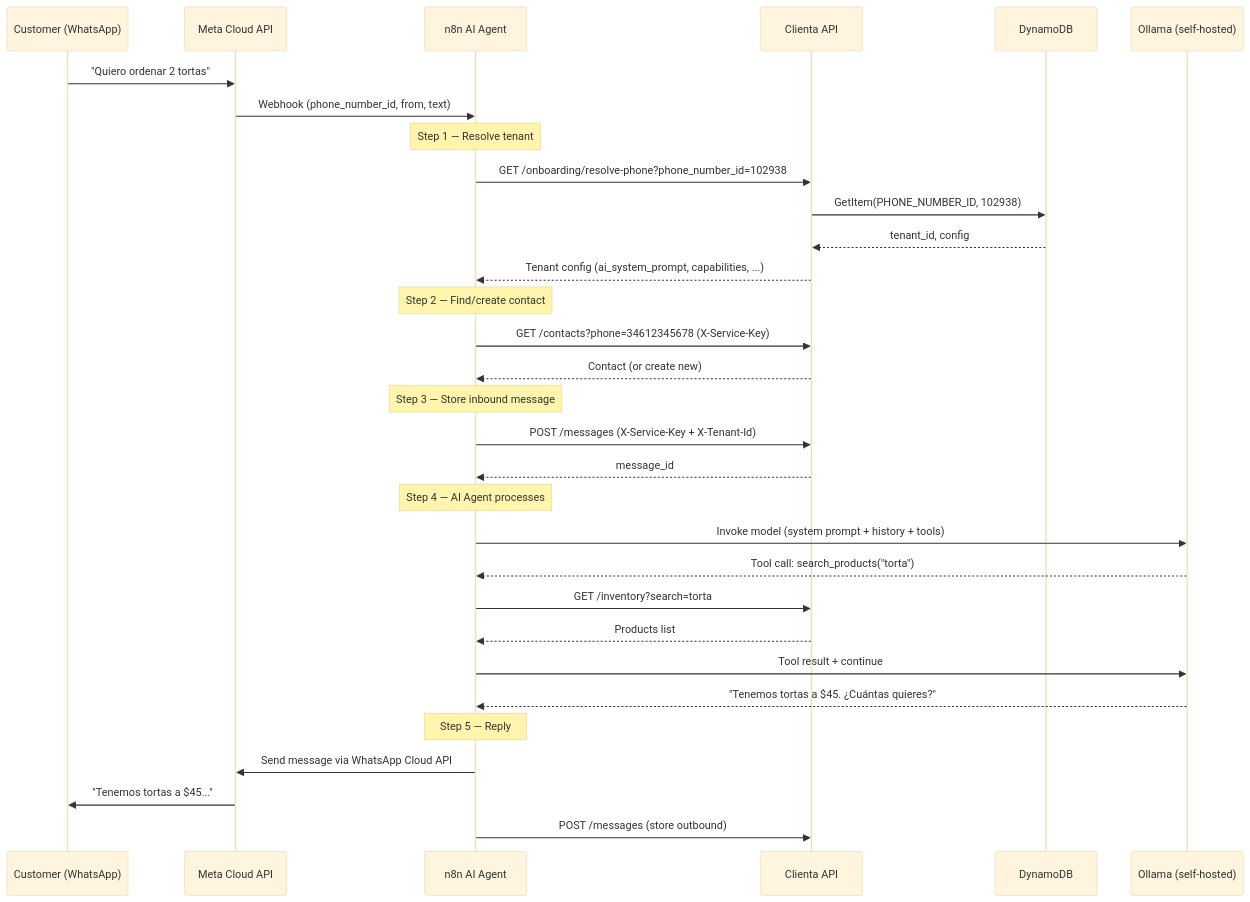
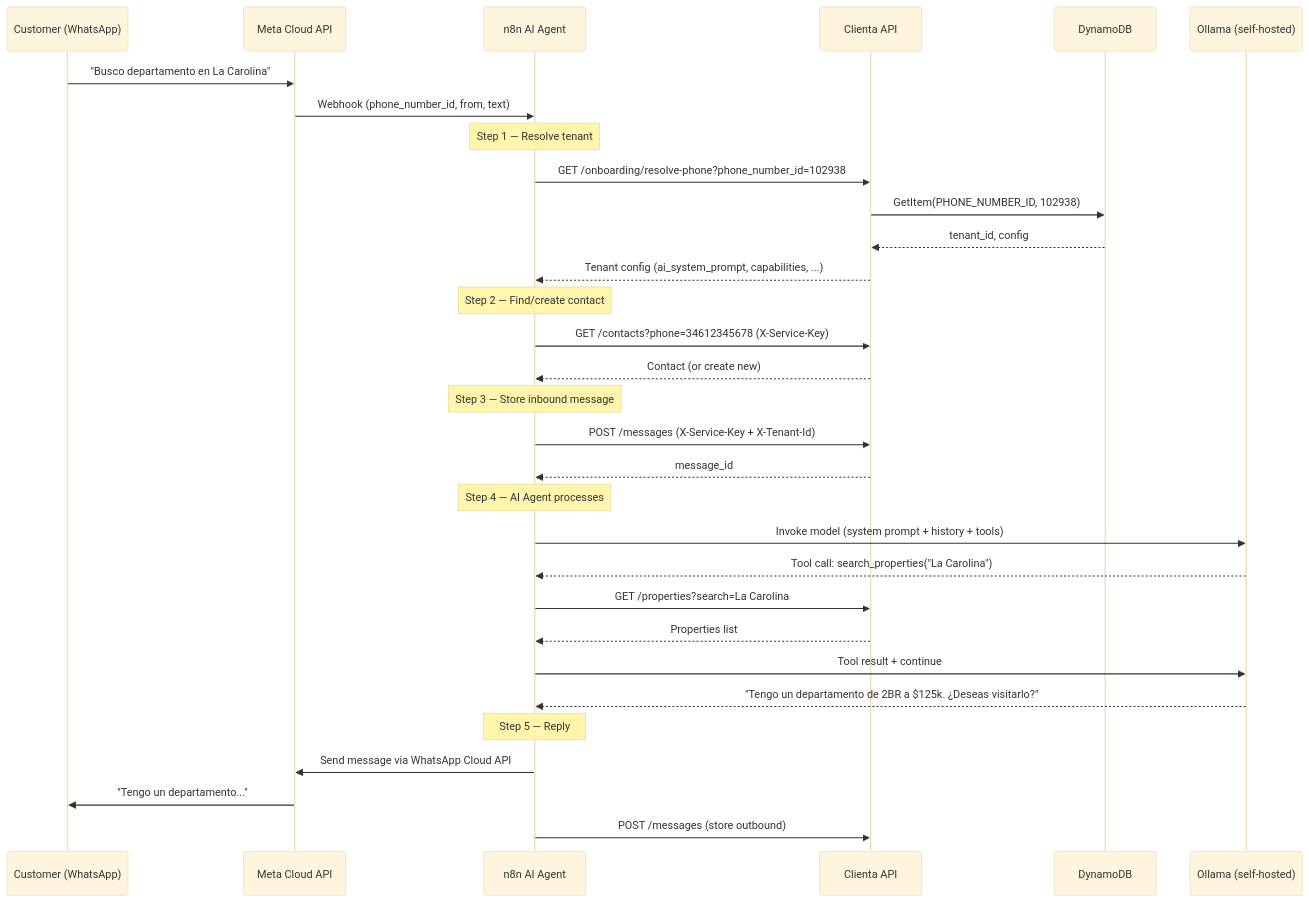
Before and after one commit to davidballad/clienta_bre: the third of 8 diagrams in docs/architecture.md, drawn with Mermaid (base theme). The commit also changed other lines of this file and 12 other files, not shown here.

````diff
--- a/docs/architecture.md
+++ b/docs/architecture.md
@@ -145,39 +132,39 @@
 ```mermaid
 sequenceDiagram
   participant C as Customer (WhatsApp)
   participant M as Meta Cloud API
   participant N as n8n AI Agent
   participant API as Clienta API
   participant DB as DynamoDB
   participant OL as Ollama (self-hosted)
 
-  C->>M: "Quiero ordenar 2 tortas"
+  C->>M: "Busco departamento en La Carolina"
   M->>N: Webhook (phone_number_id, from, text)
 
   Note over N: Step 1 — Resolve tenant
   N->>API: GET /onboarding/resolve-phone?phone_number_id=102938
   API->>DB: GetItem(PHONE_NUMBER_ID, 102938)
   DB-->>API: tenant_id, config
   API-->>N: Tenant config (ai_system_prompt, capabilities, ...)
 
   Note over N: Step 2 — Find/create contact
   N->>API: GET /contacts?phone=34612345678 (X-Service-Key)
   API-->>N: Contact (or create new)
 
   Note over N: Step 3 — Store inbound message
   N->>API: POST /messages (X-Service-Key + X-Tenant-Id)
   API-->>N: message_id
 
   Note over N: Step 4 — AI Agent processes
   N->>OL: Invoke model (system prompt + history + tools)
-  OL-->>N: Tool call: search_products("torta")
-  N->>API: GET /inventory?search=torta
-  API-->>N: Products list
+  OL-->>N: Tool call: search_properties("La Carolina")
+  N->>API: GET /properties?search=La Carolina
+  API-->>N: Properties list
   N->>OL: Tool result + continue
-  OL-->>N: "Tenemos tortas a $45. ¿Cuántas quieres?"
+  OL-->>N: "Tengo un departamento de 2BR a $125k. ¿Deseas visitarlo?"
 
   Note over N: Step 5 — Reply
   N->>M: Send message via WhatsApp Cloud API
-  M->>C: "Tenemos tortas a $45..."
+  M->>C: "Tengo un departamento..."
   N->>API: POST /messages (store outbound)
 ```
````
